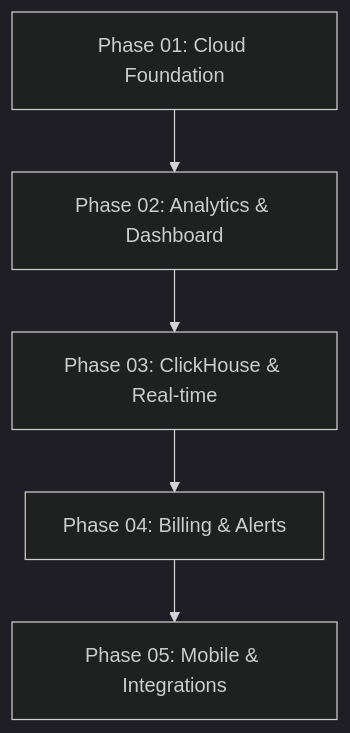
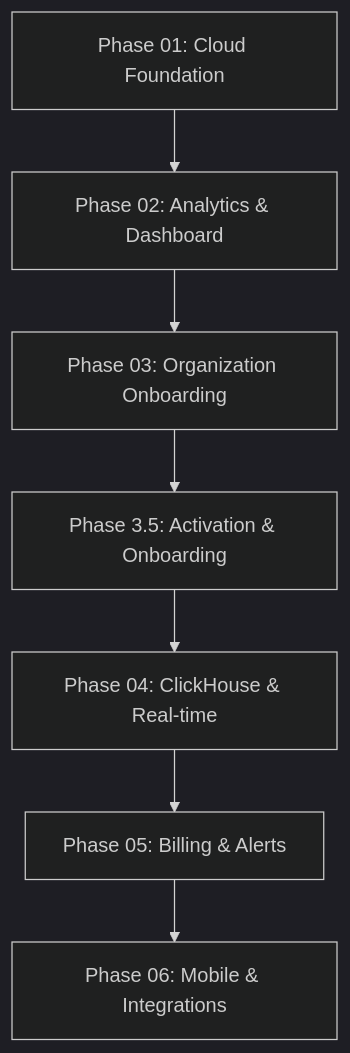
Before and after one commit to Smx27/codeburn: the diagram in docs/roadmap.md, drawn with Mermaid (dark theme). The commit also changed other lines of this file and 67 other files, not shown here.

Commit message:
feat: implement user onboarding flow, email notification system, and supporting documentation

````diff
--- a/docs/roadmap.md
+++ b/docs/roadmap.md
@@ -126,7 +148,9 @@
 ```mermaid
 graph TD
     P01[Phase 01: Cloud Foundation] --> P02[Phase 02: Analytics & Dashboard]
-    P02 --> P03[Phase 03: ClickHouse & Real-time]
-    P03 --> P04[Phase 04: Billing & Alerts]
-    P04 --> P05[Phase 05: Mobile & Integrations]
+    P02 --> P03[Phase 03: Organization Onboarding]
+    P03 --> P35[Phase 3.5: Activation & Onboarding]
+    P35 --> P04[Phase 04: ClickHouse & Real-time]
+    P04 --> P05[Phase 05: Billing & Alerts]
+    P05 --> P06[Phase 06: Mobile & Integrations]
 ```
````
